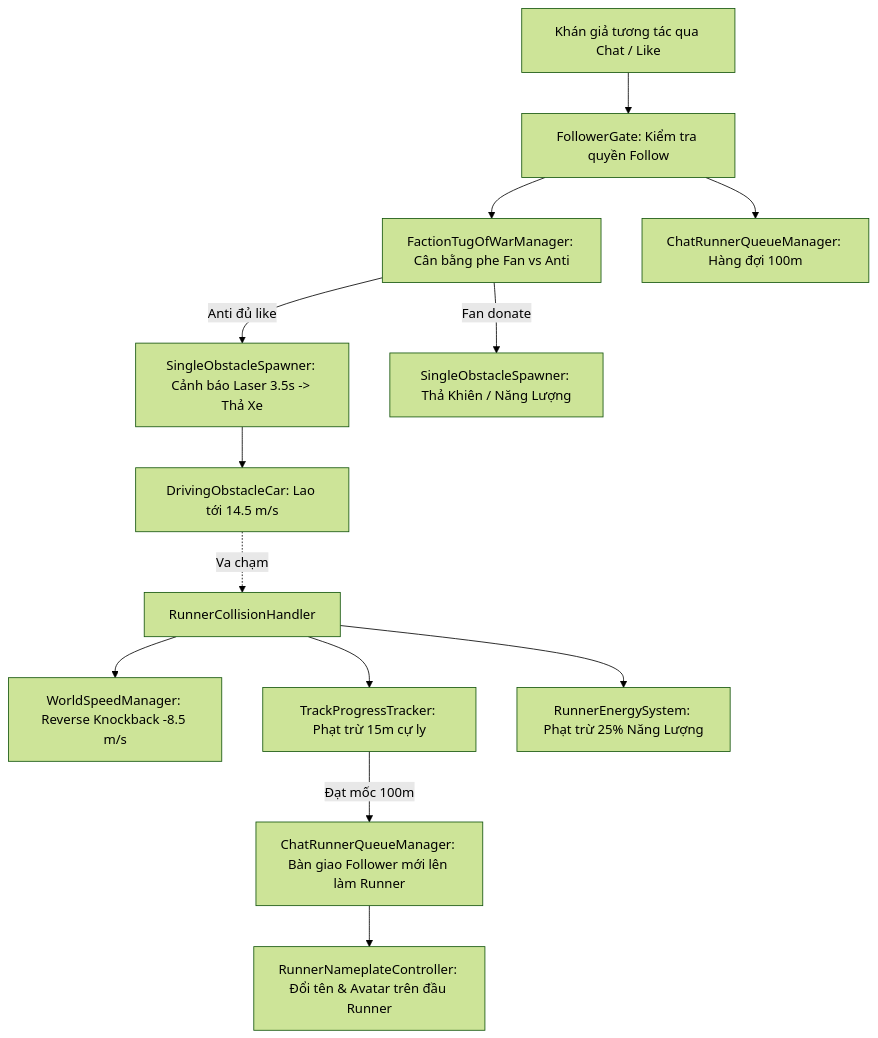
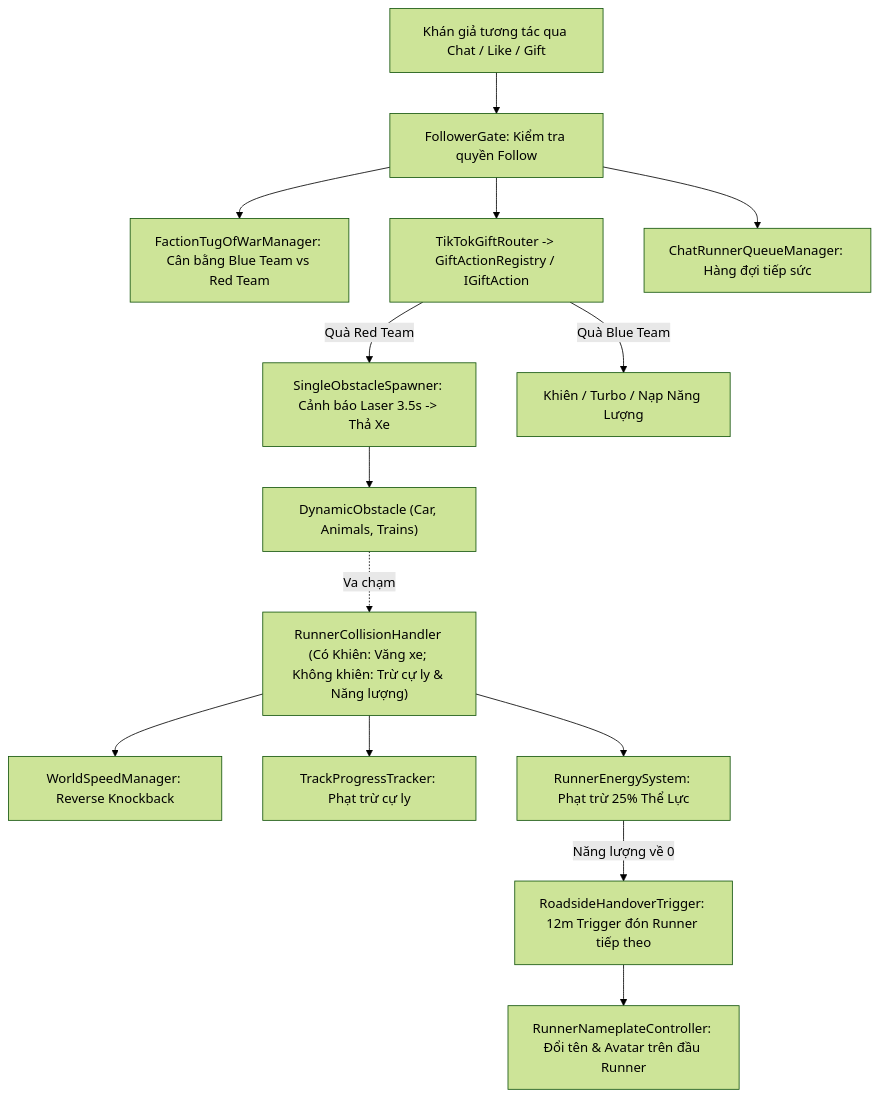
One commit to amazing-intern-fall-2026/StreamRushLive_Team-2_Game changed the diagram in Assets/_Project/Scripts/README.md. Above: the diagram before and after it, drawn with Mermaid (forest theme). The commit also changed other lines of this file and 66 other files, not shown here.

Commit message:
refactor: standardize runner movement, obstacles, factions, IGiftAction and demo scripts

````diff
--- a/Assets/_Project/Scripts/README.md
+++ b/Assets/_Project/Scripts/README.md
@@ -111,19 +112,20 @@
 ```mermaid
 flowchart TD
-    Viewer["Khán giả tương tác qua Chat / Like"] --> Gate["FollowerGate: Kiểm tra quyền Follow"]
-    Gate --> TugOfWar["FactionTugOfWarManager: Cân bằng phe Fan vs Anti"]
-    Gate --> Queue["ChatRunnerQueueManager: Hàng đợi 100m"]
+    Viewer["Khán giả tương tác qua Chat / Like / Gift"] --> Gate["FollowerGate: Kiểm tra quyền Follow"]
+    Gate --> TugOfWar["FactionTugOfWarManager: Cân bằng Blue Team vs Red Team"]
+    Gate --> GiftRouter["TikTokGiftRouter -> GiftActionRegistry / IGiftAction"]
+    Gate --> Queue["ChatRunnerQueueManager: Hàng đợi tiếp sức"]
     
-    TugOfWar -- "Anti đủ like" --> CarSpawn["SingleObstacleSpawner: Cảnh báo Laser 3.5s -> Thả Xe"]
-    TugOfWar -- "Fan donate" --> ItemSpawn["SingleObstacleSpawner: Thả Khiên / Năng Lượng"]
+    GiftRouter -- "Quà Red Team" --> CarSpawn["SingleObstacleSpawner: Cảnh báo Laser 3.5s -> Thả Xe"]
+    GiftRouter -- "Quà Blue Team" --> BuffAction["Khiên / Turbo / Nạp Năng Lượng"]
     
-    CarSpawn --> Car["DrivingObstacleCar: Lao tới 14.5 m/s"]
-    Car -. "Va chạm" .-> Collision["RunnerCollisionHandler"]
+    CarSpawn --> Car["DynamicObstacle (Car, Animals, Trains)"]
+    Car -. "Va chạm" .-> Collision["RunnerCollisionHandler (Có Khiên: Văng xe; Không khiên: Trừ cự ly & Năng lượng)"]
     
-    Collision --> Speed["WorldSpeedManager: Reverse Knockback -8.5 m/s"]
-    Collision --> Tracker["TrackProgressTracker: Phạt trừ 15m cự ly"]
-    Collision --> Energy["RunnerEnergySystem: Phạt trừ 25% Năng Lượng"]
+    Collision --> Speed["WorldSpeedManager: Reverse Knockback"]
+    Collision --> Tracker["TrackProgressTracker: Phạt trừ cự ly"]
+    Collision --> Energy["RunnerEnergySystem: Phạt trừ 25% Thể Lực"]
     
-    Tracker -- "Đạt mốc 100m" --> Handover["ChatRunnerQueueManager: Bàn giao Follower mới lên làm Runner"]
+    Energy -- "Năng lượng về 0" --> Handover["RoadsideHandoverTrigger: 12m Trigger đón Runner tiếp theo"]
     Handover --> Nameplate["RunnerNameplateController: Đổi tên & Avatar trên đầu Runner"]
 ```
````
